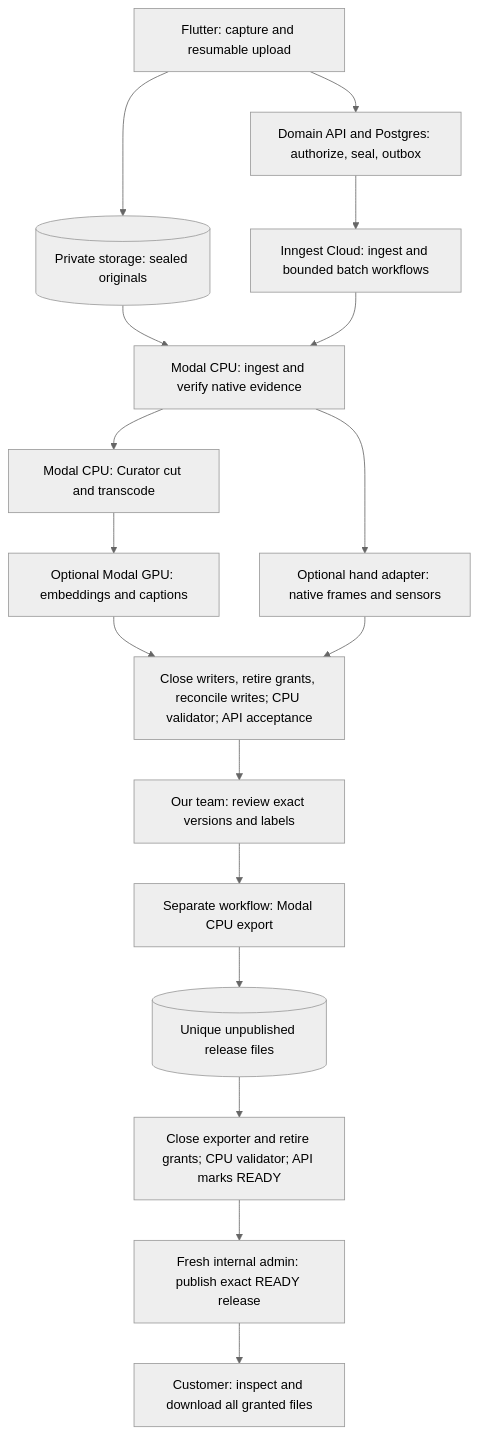
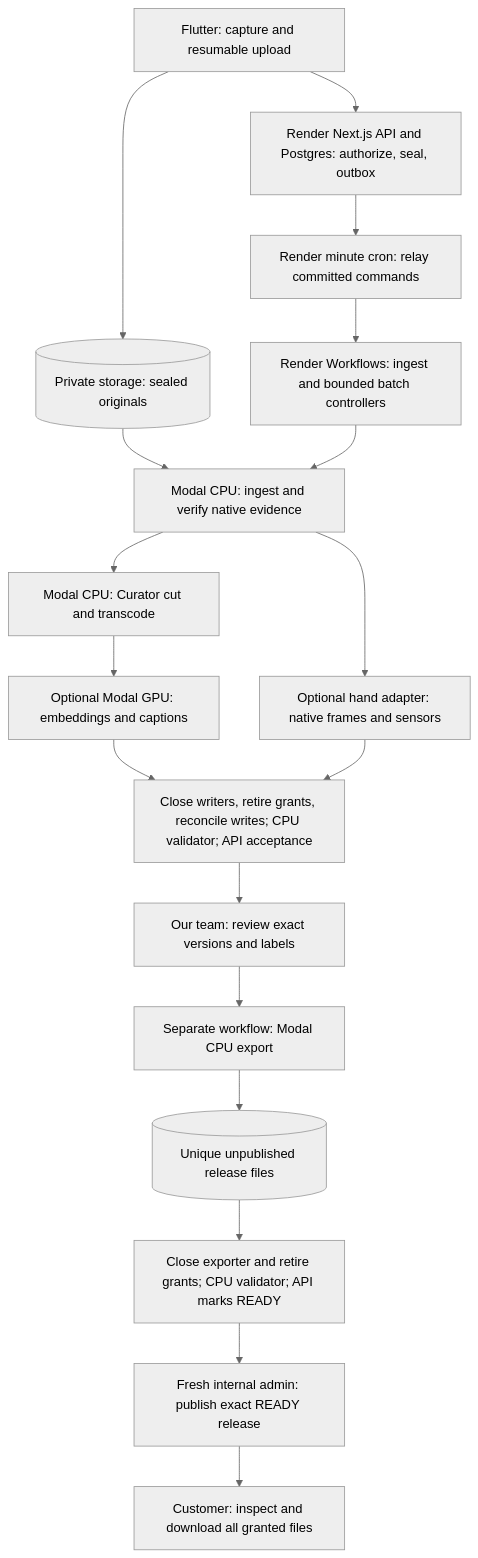
The diagram in docs/components/pipeline-execution-and-data-flow.md (StateAction-ai/stateaction), drawn with Mermaid (neutral theme) before and after one commit. The commit also changed other lines of this file and 27 other files, not shown here.

Commit message:
docs: select Render stack and align platform architecture

````diff
--- a/docs/components/pipeline-execution-and-data-flow.md
+++ b/docs/components/pipeline-execution-and-data-flow.md
@@ -15,19 +15,20 @@
 ```mermaid
 flowchart TD
     phone["Flutter: capture and resumable upload"] --> raw[("Private storage: sealed originals")]
-    phone --> api["Domain API and Postgres: authorize, seal, outbox"]
-    api --> flow["Inngest Cloud: ingest and bounded batch workflows"]
+    phone --> api["Render Next.js API and Postgres: authorize, seal, outbox"]
+    api --> relay["Render minute cron: relay committed commands"]
+    relay --> flow["Render Workflows: ingest and bounded batch controllers"]
     raw --> ingest["Modal CPU: ingest and verify native evidence"]
     flow --> ingest
     ingest --> prep["Modal CPU: Curator cut and transcode"]
     prep --> enrich["Optional Modal GPU: embeddings and captions"]
     ingest --> hands["Optional hand adapter: native frames and sensors"]
     enrich --> accepted["Close writers, retire grants, reconcile writes; CPU validator; API acceptance"]
     hands --> accepted
     accepted --> review["Our team: review exact versions and labels"]
     review --> export["Separate workflow: Modal CPU export"]
     export --> candidate[("Unique unpublished release files")]
     candidate --> check["Close exporter and retire grants; CPU validator; API marks READY"]
     check --> publish["Fresh internal admin: publish exact READY release"]
     publish --> customer["Customer: inspect and download all granted files"]
 ```
````
